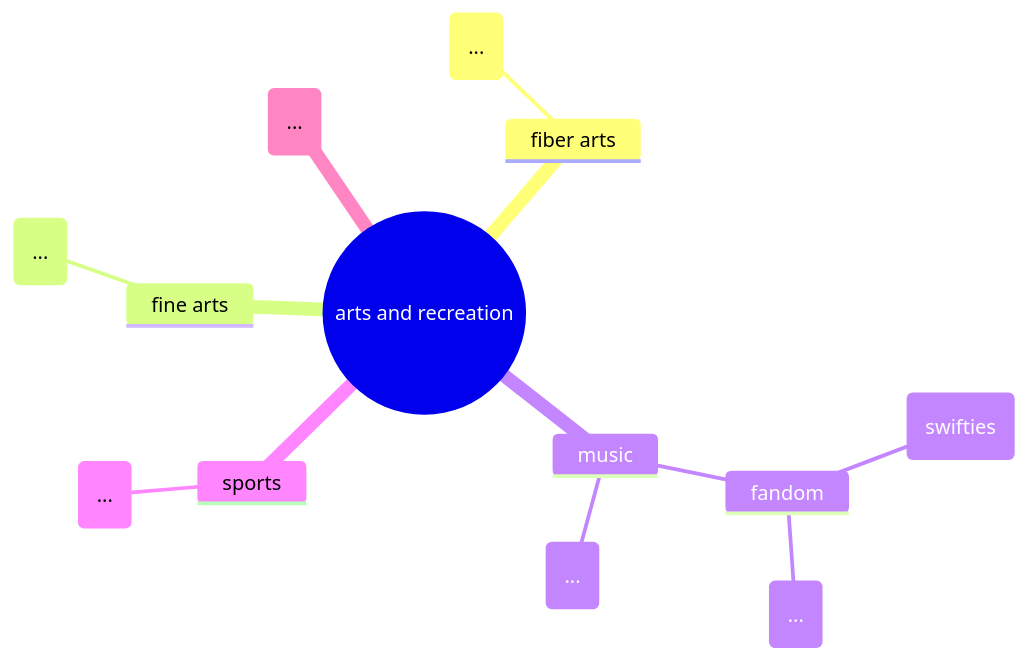
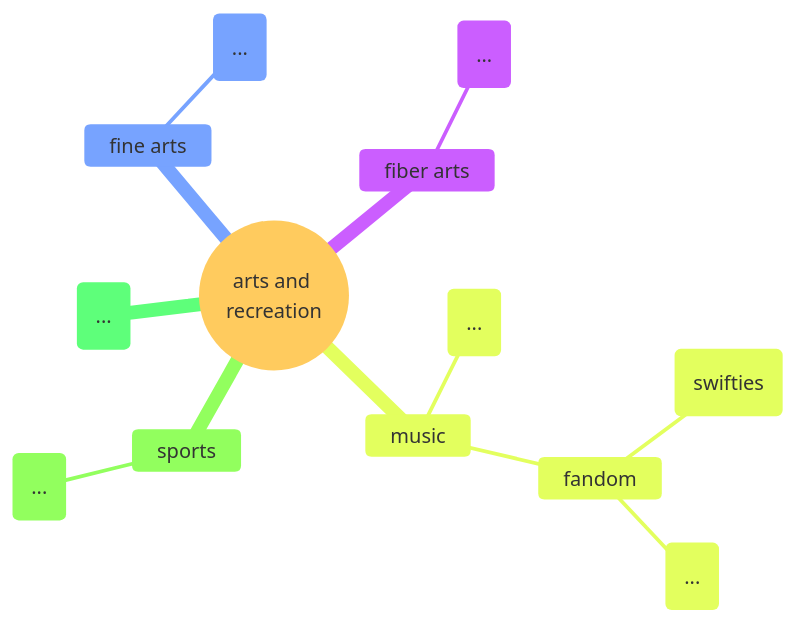
Before and after one commit to nimbinatus/taxonomy: the fifth of 8 diagrams in docs/full_taxonomy.md, drawn with Mermaid. The commit also changed other lines of this file, not shown here.

Commit message:
style(mermaid): clean up diagrams

````diff
--- a/docs/full_taxonomy.md
+++ b/docs/full_taxonomy.md
@@ -130,16 +158,24 @@
 ```mermaid
+---
+title: Arts and Recreation
+config:
+    fontSize: 8
+    theme: base
+    mindmap:
+        maxNodeWidth: 100
+---
 mindmap
     root((arts and recreation))
         fiber arts
             id(...)
         fine arts
             id(...)
         music
             fandom
                 id(swifties)
                 id(...)
             id(...)
         sports
             id(...)
         id(...)
 ```
````
